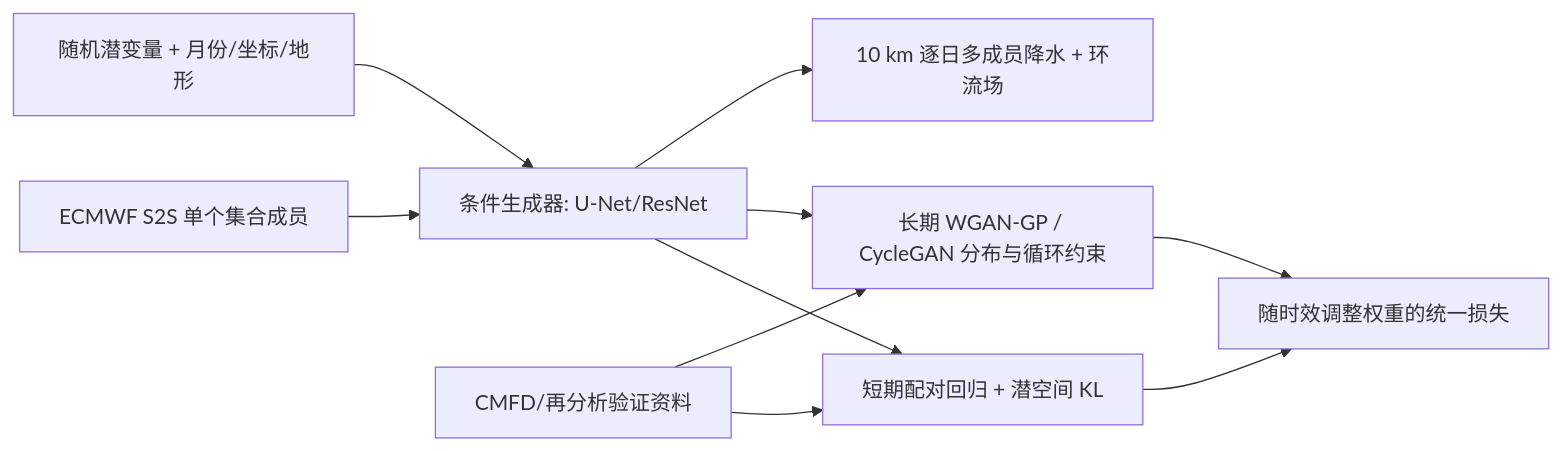
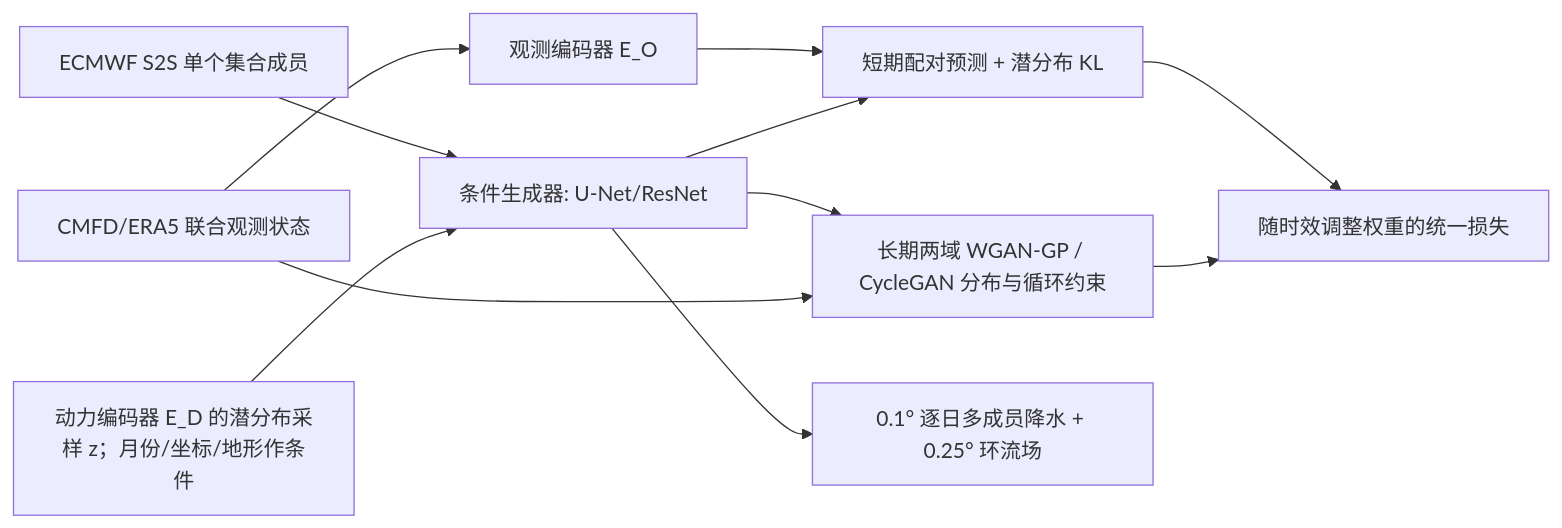
One commit to morestart/weather-dl-paper-notes changed the diagram in notes/s2s/16-gan-w2c.md. Above: the diagram before and after it, drawn with Mermaid. The commit also changed other lines of this file and 2 other files, not shown here.

Commit message:
Deepen GAN-W2C paper analysis and audit code-paper discrepancies

````diff
--- a/notes/s2s/16-gan-w2c.md
+++ b/notes/s2s/16-gan-w2c.md
@@ -9,12 +11,13 @@
 ```mermaid
 flowchart LR
   D[ECMWF S2S 单个集合成员] --> G[条件生成器: U-Net/ResNet]
-  Z[随机潜变量 + 月份/坐标/地形] --> G
-  O[CMFD/再分析验证资料] --> W[短期配对回归 + 潜空间 KL]
+  Z[动力编码器 E_D 的潜分布采样 z；月份/坐标/地形作条件] --> G
+  O[CMFD/ERA5 联合观测状态] --> EO[观测编码器 E_O]
+  EO --> W[短期配对预测 + 潜分布 KL]
   G --> W
-  G --> C[长期 WGAN-GP / CycleGAN 分布与循环约束]
+  G --> C[长期两域 WGAN-GP / CycleGAN 分布与循环约束]
   O --> C
   W --> L[随时效调整权重的统一损失]
   C --> L
-  G --> E[10 km 逐日多成员降水 + 环流场]
+  G --> E[0.1° 逐日多成员降水 + 0.25° 环流场]
 ```
````
